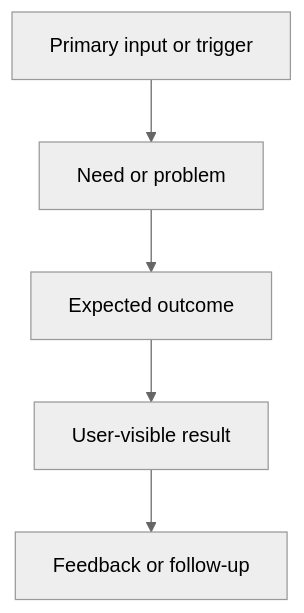
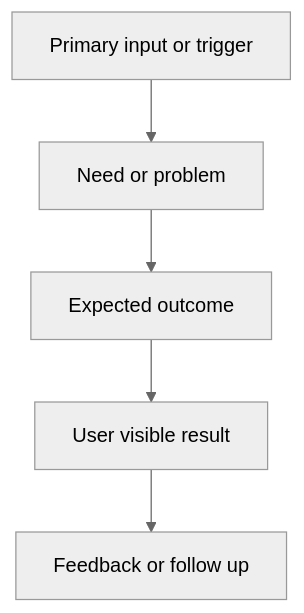
Before and after one commit to AlexAgo83/cdx-logics-kit: the diagram in logics-flow-manager/assets/templates/request.md, drawn with Mermaid (neutral theme). The commit also changed 3 other files, not shown here.

Commit message:
Harden Mermaid templates for strict renderers

````diff
--- a/logics-flow-manager/assets/templates/request.md
+++ b/logics-flow-manager/assets/templates/request.md
@@ -16,7 +16,7 @@
 ```mermaid
 flowchart TD
     A[Primary input or trigger] --> B[Need or problem]
     B --> C[Expected outcome]
-    C --> D[User-visible result]
-    D --> E[Feedback or follow-up]
+    C --> D[User visible result]
+    D --> E[Feedback or follow up]
 ```
````
